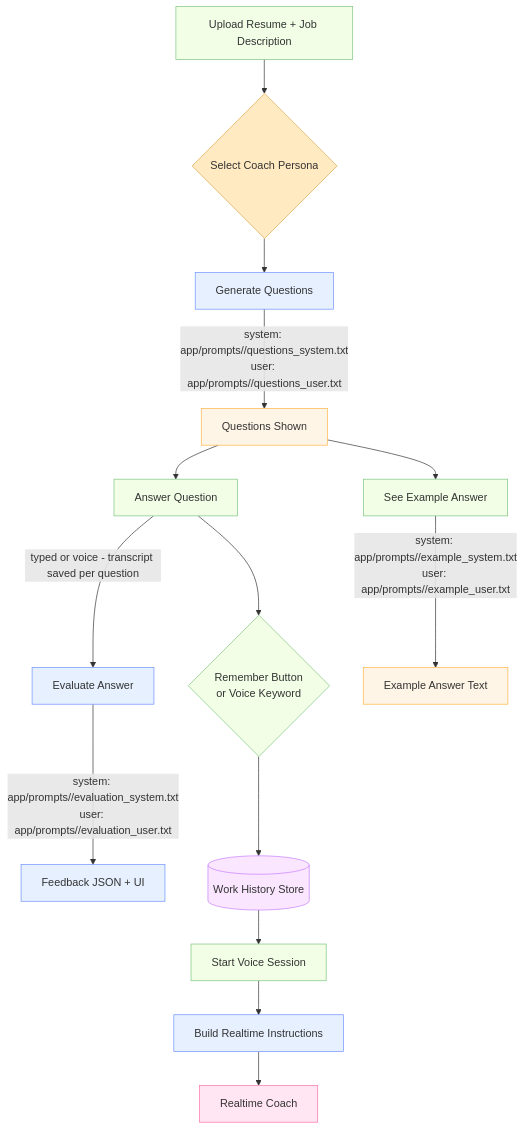
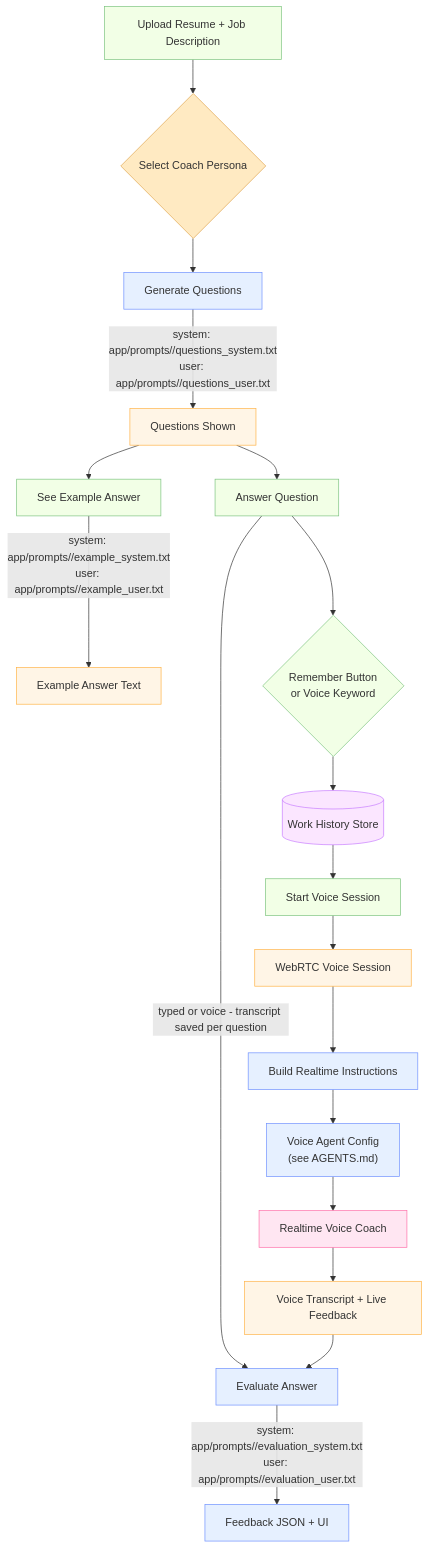
Before and after one commit to taylorparsons/interview-practice-app: the diagram in README.md, drawn with Mermaid. The commit also changed other lines of this file and 12 other files, not shown here.

````diff
--- a/README.md
+++ b/README.md
@@ -304,30 +306,34 @@
 ```mermaid
 flowchart TD
     A[Upload Resume + Job Description] --> B{Select Coach Persona}
     B --> C[Generate Questions]
     C -->|system: app/prompts/<persona>/questions_system.txt\nuser: app/prompts/<persona>/questions_user.txt| D[Questions Shown]
     D --> E[Answer Question]
     E -->|typed or voice - transcript saved per question| F[Evaluate Answer]
     F -->|system: app/prompts/<persona>/evaluation_system.txt\nuser: app/prompts/<persona>/evaluation_user.txt| G[Feedback JSON + UI]
     D --> H[See Example Answer]
     H -->|system: app/prompts/<persona>/example_system.txt\nuser: app/prompts/<persona>/example_user.txt| I[Example Answer Text]
     E --> J{"Remember" Button\n or Voice Keyword}
     J --> K[(Work History Store)]
     K --> L[Start Voice Session]
-    L --> N[Build Realtime Instructions]
-    N --> M[Realtime Coach]
+    L --> O[WebRTC Voice Session]
+    O --> N[Build Realtime Instructions]
+    N --> P["Voice Agent Config\n(see AGENTS.md)"]
+    P --> M[Realtime Voice Coach]
+    M --> Q[Voice Transcript + Live Feedback]
+    Q --> F
 
     classDef usr fill:#f2ffe6,stroke:#7cc37f,stroke-width:1px;
     classDef sys fill:#e6f0ff,stroke:#6e90ff,stroke-width:1px;
     classDef ui fill:#fff5e6,stroke:#ffb347,stroke-width:1px;
     classDef store fill:#fbe6ff,stroke:#c77dff,stroke-width:1px;
     classDef decision fill:#ffeac2,stroke:#e0a64f,stroke-width:1px;
     classDef agent fill:#ffe6f2,stroke:#ff6ea9,stroke-width:1px;
 
     class A,E,H,J,L usr;
-    class C,F,G,N sys;
-    class D,I ui;
+    class C,F,G,N,P sys;
+    class D,I,O,Q ui;
     class K store;
     class B decision;
     class M agent;
 ```
````
